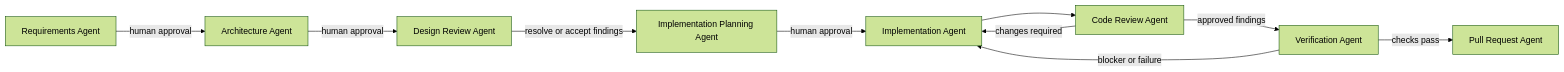
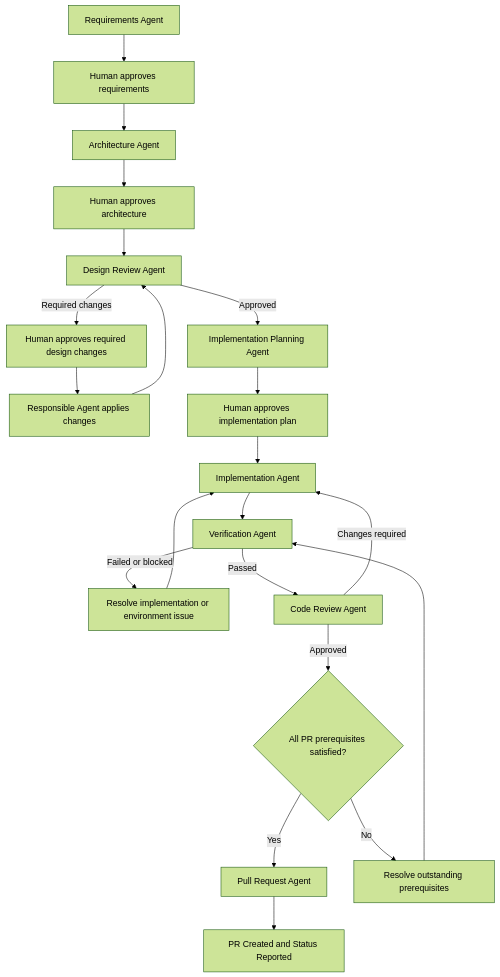
Before and after one commit to Jayasri1515/copilot-project: the diagram in .github/agents/orchestration-agent.agent.md, drawn with Mermaid (forest theme). The commit also changed other lines of this file and 8 other files, not shown here.

First line of the commit message:
docs: align agent instructions with approval gates

````diff
--- a/.github/agents/orchestration-agent.agent.md
+++ b/.github/agents/orchestration-agent.agent.md
@@ -20,12 +60,23 @@
 ```mermaid
-flowchart LR
-    R[Requirements Agent] -->|human approval| A[Architecture Agent]
-    A -->|human approval| D[Design Review Agent]
-    D -->|resolve or accept findings| P[Implementation Planning Agent]
-    P -->|human approval| I[Implementation Agent]
-    I --> C[Code Review Agent]
-    C -->|approved findings| V[Verification Agent]
-    V -->|checks pass| PR[Pull Request Agent]
-    C -->|changes required| I
-    V -->|blocker or failure| I
+flowchart TD
+    R[Requirements Agent] --> HR[Human approves requirements]
+    HR --> A[Architecture Agent]
+    A --> HA[Human approves architecture]
+    HA --> D[Design Review Agent]
+    D -->|Required changes| HD[Human approves required design changes]
+    HD --> F[Responsible Agent applies changes]
+    F --> D
+    D -->|Approved| P[Implementation Planning Agent]
+    P --> HP[Human approves implementation plan]
+    HP --> I[Implementation Agent]
+    I --> V[Verification Agent]
+    V -->|Failed or blocked| F2[Resolve implementation or environment issue]
+    F2 --> I
+    V -->|Passed| C[Code Review Agent]
+    C -->|Changes required| I
+    C -->|Approved| G{All PR prerequisites satisfied?}
+    G -->|Yes| PR[Pull Request Agent]
+    G -->|No| F3[Resolve outstanding prerequisites]
+    F3 --> V
+    PR --> END[PR Created and Status Reported]
 ```
````
